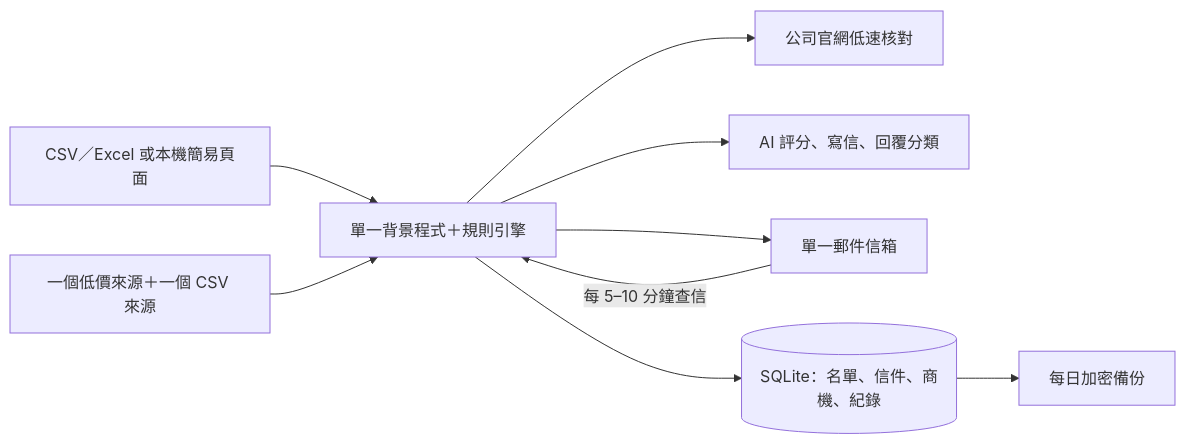
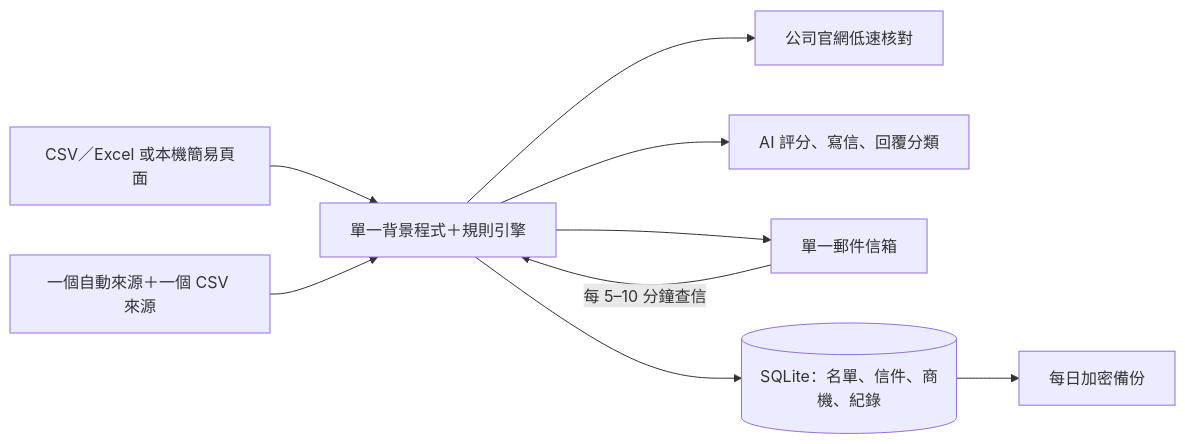
Before and after one commit to LCKuo/---Agent: the third of 4 diagrams in 承炘國際_AI系統分析與實踐書.md, drawn with Mermaid. The commit also changed other lines of this file and 2 other files, not shown here.

````diff
--- a/承炘國際_AI系統分析與實踐書.md
+++ b/承炘國際_AI系統分析與實踐書.md
@@ -301,11 +301,11 @@
 ```mermaid
 flowchart LR
   UI["CSV／Excel 或本機簡易頁面"] --> APP["單一背景程式＋規則引擎"]
-  SRC["一個低價來源＋一個 CSV 來源"] --> APP
+  SRC["一個自動來源＋一個 CSV 來源"] --> APP
   APP --> WEB["公司官網低速核對"]
   APP --> AI["AI 評分、寫信、回覆分類"]
   APP --> MAIL["單一郵件信箱"]
   APP --> DB[("SQLite：名單、信件、商機、紀錄")]
   DB --> BK["每日加密備份"]
   MAIL -->|"每 5–10 分鐘查信"| APP
 ```
````
